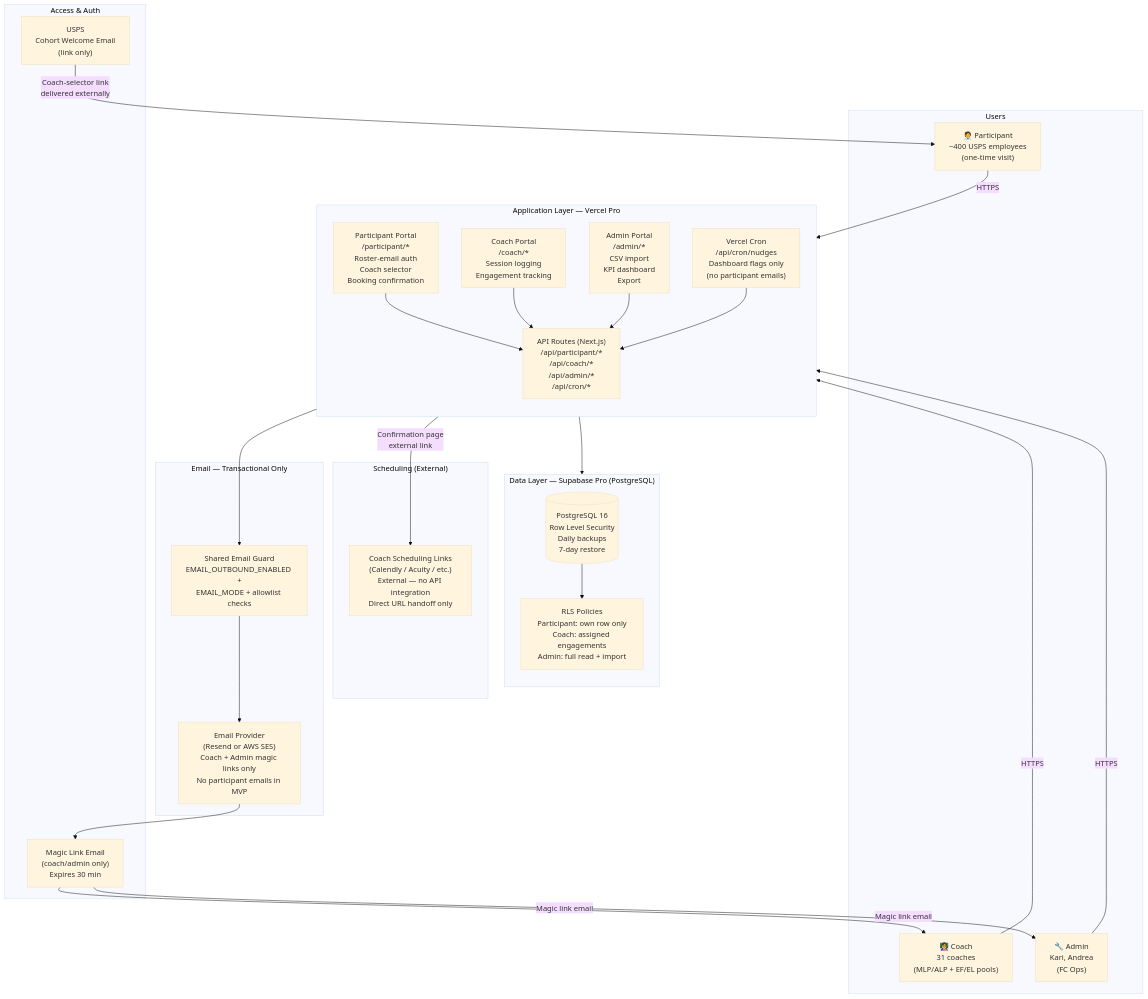
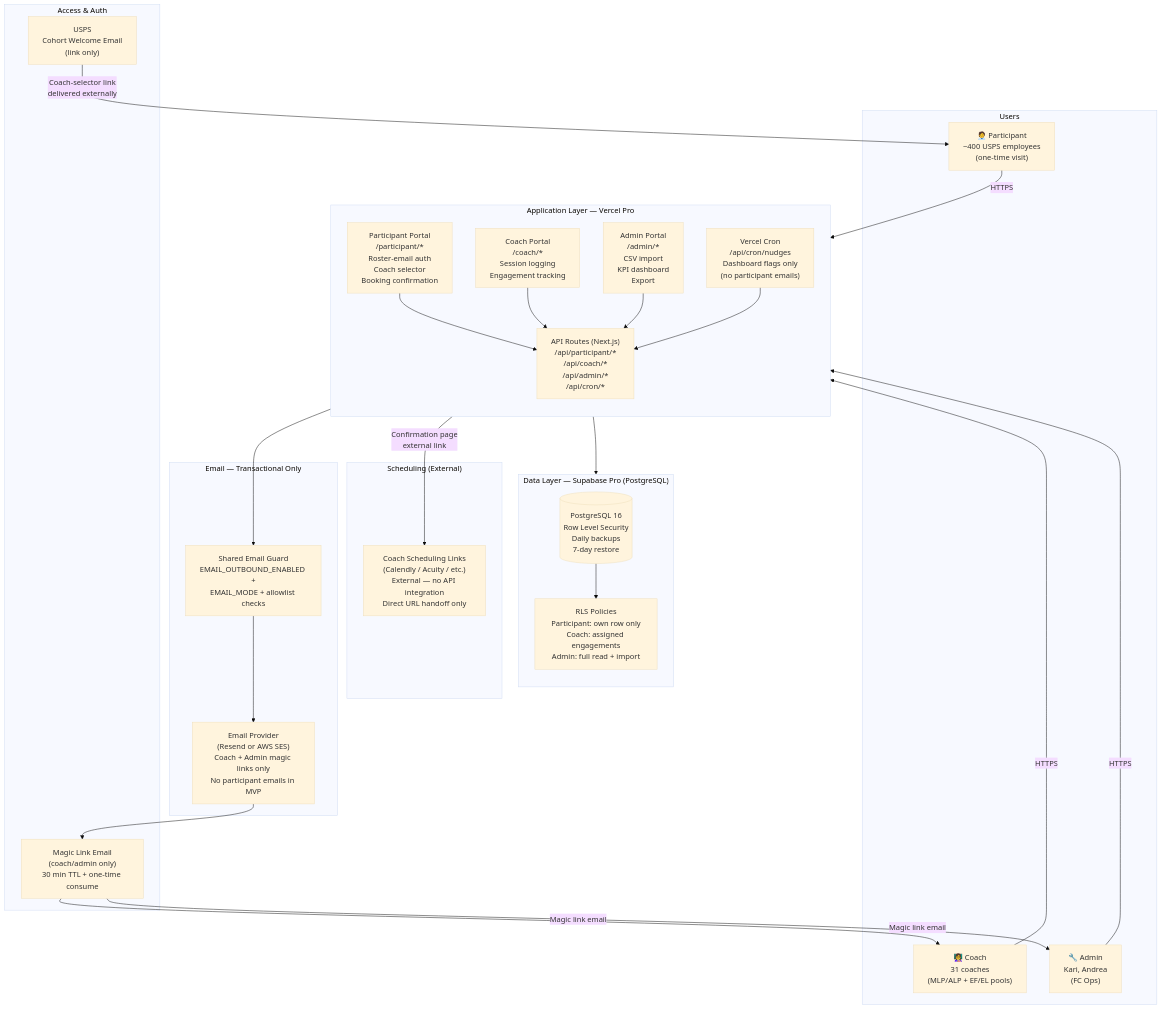
Before and after one commit to ridegoodwaves/franklin-covey: the diagram in docs/briefings/2026-02-24-architecture-diagram.md, drawn with Mermaid (base theme). The commit also changed other lines of this file and 6 other files, not shown here.

````diff
--- a/docs/briefings/2026-02-24-architecture-diagram.md
+++ b/docs/briefings/2026-02-24-architecture-diagram.md
@@ -11,59 +12,59 @@
 ```mermaid
 flowchart TD
     subgraph USERS["Users"]
         P["🧑‍💼 Participant\n~400 USPS employees\n(one-time visit)"]
         C["👩‍🏫 Coach\n31 coaches\n(MLP/ALP + EF/EL pools)"]
         A["🔧 Admin\nKari, Andrea\n(FC Ops)"]
     end
 
     subgraph ACCESS["Access & Auth"]
         USPS["USPS\nCohort Welcome Email\n(link only)"]
-        ML["Magic Link Email\n(coach/admin only)\nExpires 30 min"]
+        ML["Magic Link Email\n(coach/admin only)\n30 min TTL + one-time consume"]
     end
 
     subgraph APP["Application Layer — Vercel Pro"]
         direction TB
         PP["Participant Portal\n/participant/*\nRoster-email auth\nCoach selector\nBooking confirmation"]
         CP["Coach Portal\n/coach/*\nSession logging\nEngagement tracking"]
         AP["Admin Portal\n/admin/*\nCSV import\nKPI dashboard\nExport"]
         API["API Routes (Next.js)\n/api/participant/*\n/api/coach/*\n/api/admin/*\n/api/cron/*"]
         CRON["Vercel Cron\n/api/cron/nudges\nDashboard flags only\n(no participant emails)"]
     end
 
     subgraph DATA["Data Layer — Supabase Pro (PostgreSQL)"]
         direction TB
         DB[("PostgreSQL 16\nRow Level Security\nDaily backups\n7-day restore")]
         RLS["RLS Policies\nParticipant: own row only\nCoach: assigned engagements\nAdmin: full read + import"]
     end
 
     subgraph EMAIL["Email — Transactional Only"]
         ESP["Email Provider\n(Resend or AWS SES)\nCoach + Admin magic links only\nNo participant emails in MVP"]
         EGUARD["Shared Email Guard\nEMAIL_OUTBOUND_ENABLED +\nEMAIL_MODE + allowlist checks"]
     end
 
     subgraph BOOKING["Scheduling (External)"]
         CAL["Coach Scheduling Links\n(Calendly / Acuity / etc.)\nExternal — no API integration\nDirect URL handoff only"]
     end
 
     USPS -->|"Coach-selector link\ndelivered externally"| P
     P -->|"HTTPS"| PP
     C -->|"HTTPS"| CP
     A -->|"HTTPS"| AP
 
     ML -->|"Magic link email"| C
     ML -->|"Magic link email"| A
 
     PP --> API
     CP --> API
     AP --> API
     CRON --> API
 
     API --> DB
     DB --> RLS
 
     API --> EGUARD
     EGUARD --> ESP
     ESP --> ML
 
     PP -->|"Confirmation page\nexternal link"| CAL
 ```
````
